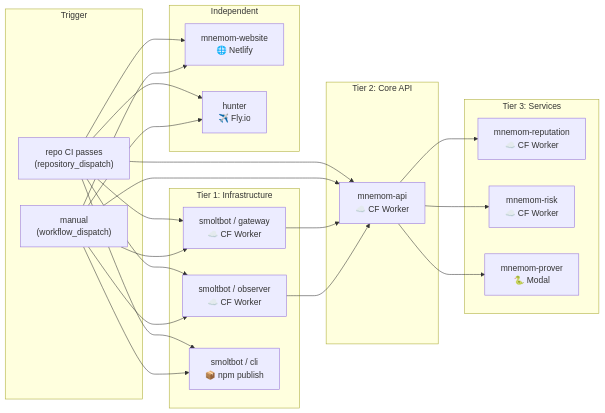
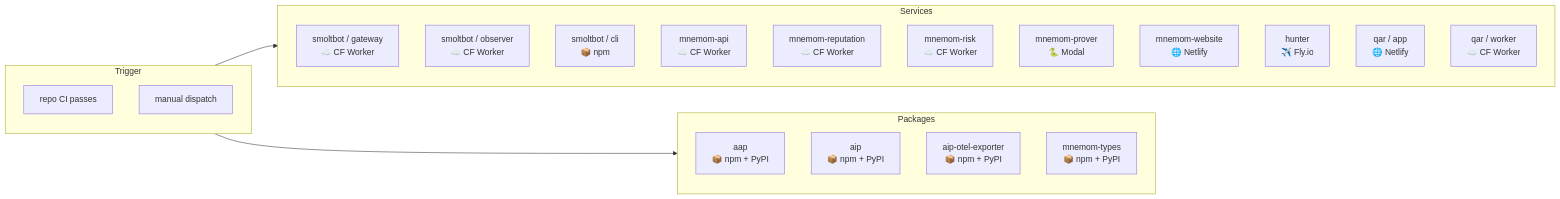
One commit to mnemom/deploy changed the diagram in README.md. Above: the diagram before and after it, drawn with Mermaid. The commit also changed other lines of this file and 1 other file, not shown here.

First line of the commit message:
Flatten graph + add all mnemom repos (aap, aip, otel, types, qar)

````diff
--- a/README.md
+++ b/README.md
@@ -7,37 +7,31 @@
 ```mermaid
 flowchart LR
-    subgraph triggers["Trigger"]
-        dispatch["repo CI passes\n(repository_dispatch)"]
-        manual["manual\n(workflow_dispatch)"]
+    subgraph trigger["Trigger"]
+        dispatch["repo CI passes"]
+        manual["manual dispatch"]
     end
 
-    subgraph tier1["Tier 1: Infrastructure"]
+    subgraph services["Services"]
         gw["smoltbot / gateway\n☁️ CF Worker"]
         obs["smoltbot / observer\n☁️ CF Worker"]
-        cli["smoltbot / cli\n📦 npm publish"]
-    end
-
-    subgraph tier2["Tier 2: Core API"]
+        cli["smoltbot / cli\n📦 npm"]
         api["mnemom-api\n☁️ CF Worker"]
-    end
-
-    subgraph tier3["Tier 3: Services"]
         rep["mnemom-reputation\n☁️ CF Worker"]
         risk["mnemom-risk\n☁️ CF Worker"]
         prover["mnemom-prover\n🐍 Modal"]
+        web["mnemom-website\n🌐 Netlify"]
+        hunt["hunter\n✈️ Fly.io"]
+        qar-a["qar / app\n🌐 Netlify"]
+        qar-w["qar / worker\n☁️ CF Worker"]
     end
 
-    subgraph independent["Independent"]
-        web["mnemom-website\n🌐 Netlify"]
-        hunt["hunter\n✈️ Fly.io"]
+    subgraph packages["Packages"]
+        aap["aap\n📦 npm + PyPI"]
+        aip["aip\n📦 npm + PyPI"]
+        otel["aip-otel-exporter\n📦 npm + PyPI"]
+        types["mnemom-types\n📦 npm + PyPI"]
     end
 
-    dispatch --> gw & obs & cli
-    manual --> gw & obs & cli
-    dispatch --> api
-    manual --> api
-    gw & obs --> api
-    api --> rep & risk & prover
-    dispatch --> web & hunt
-    manual --> web & hunt
+    trigger --> services
+    trigger --> packages
 ```
````
